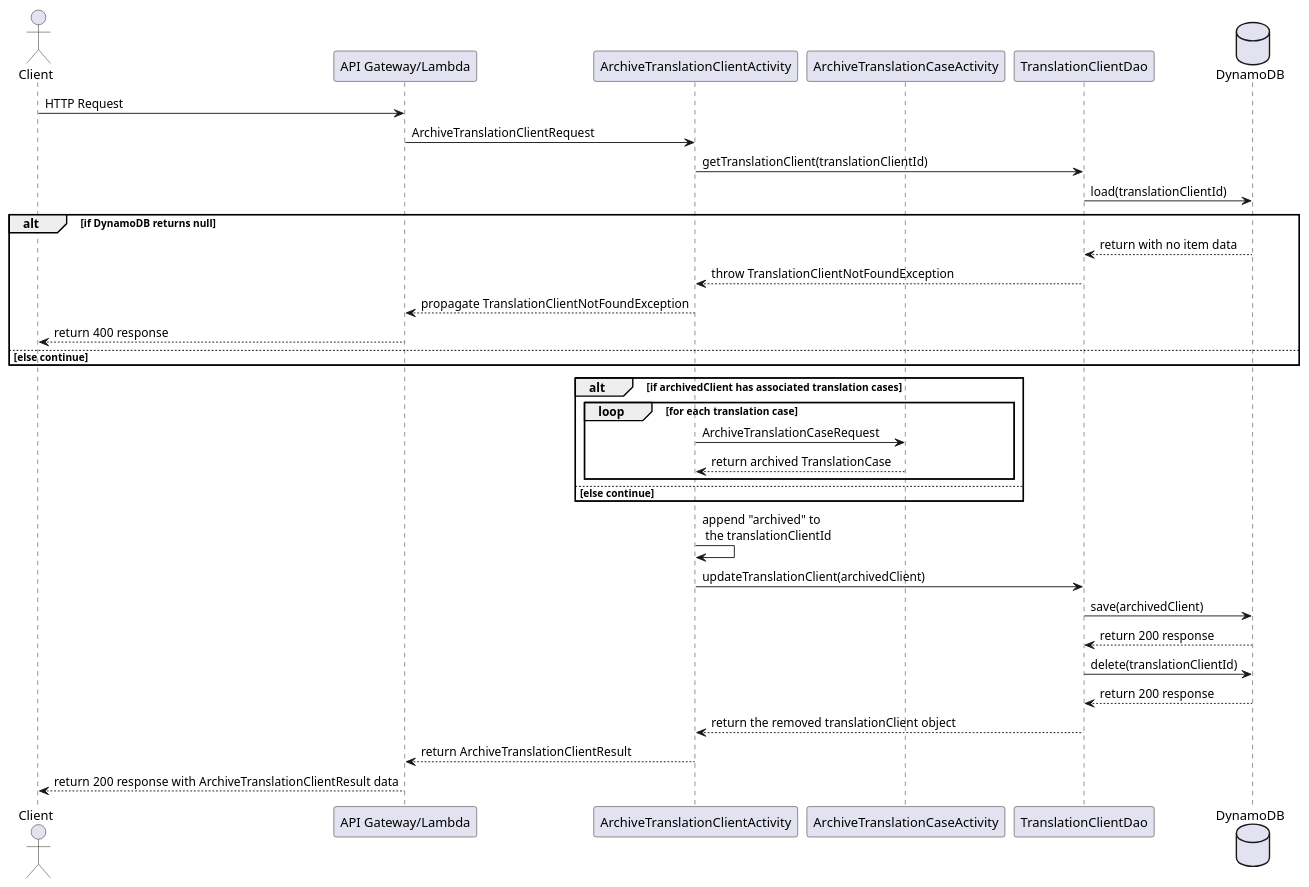
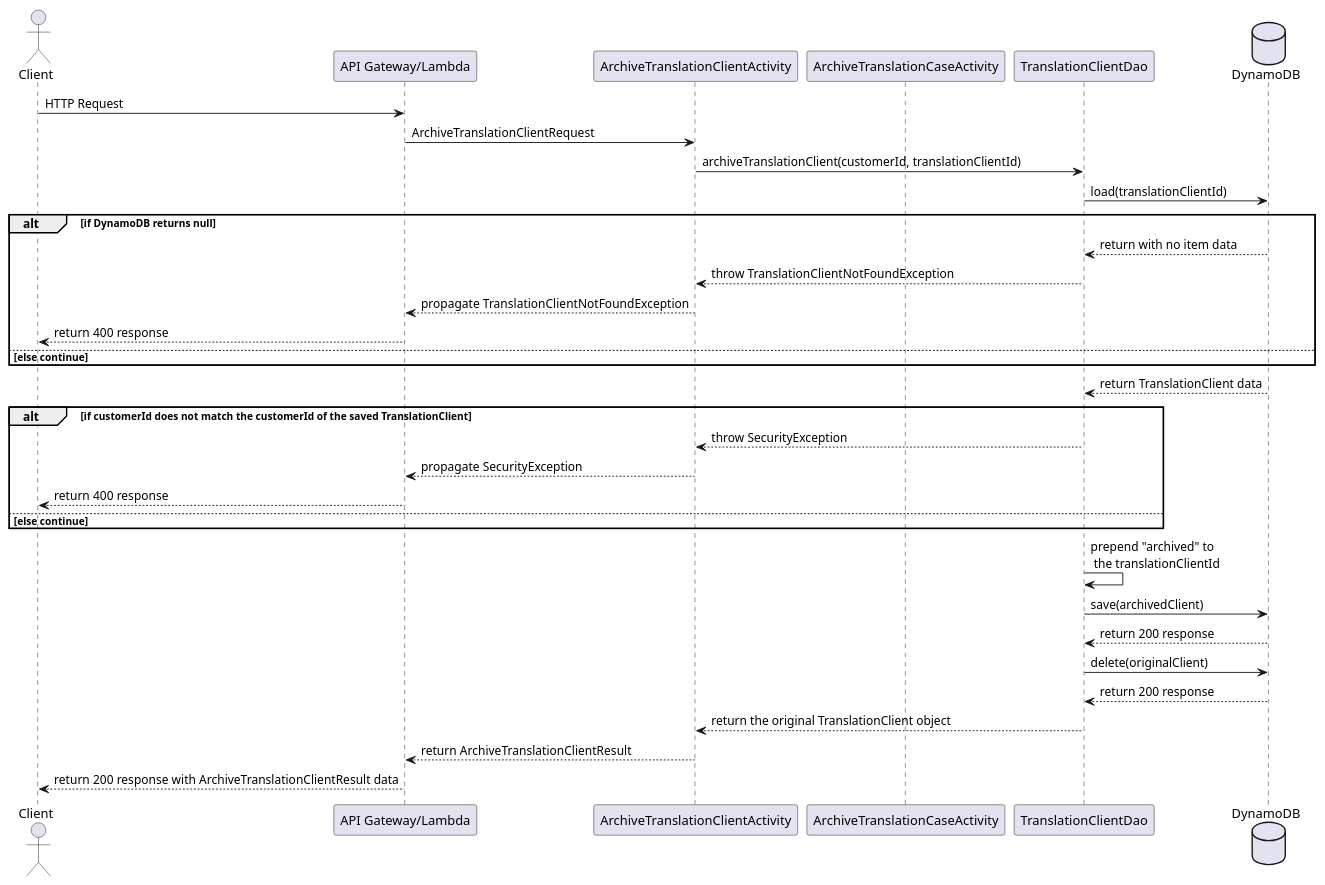
Before and after one commit to usedtothink/translation-tracker: the diagram in resources/ArchiveTranslationClient-Sequence.puml, drawn with PlantUML. The commit also changed 30 other files, not shown here.

```diff
--- a/resources/ArchiveTranslationClient-Sequence.puml
+++ b/resources/ArchiveTranslationClient-Sequence.puml
@@ -1,48 +1,45 @@
 @startuml
 
 actor Client
 participant "API Gateway/Lambda"
 participant ArchiveTranslationClientActivity
 participant ArchiveTranslationCaseActivity
 participant TranslationClientDao
 database    DynamoDB
 
 Client -> "API Gateway/Lambda" : HTTP Request
 "API Gateway/Lambda" -> ArchiveTranslationClientActivity : ArchiveTranslationClientRequest
 
-ArchiveTranslationClientActivity -> TranslationClientDao : getTranslationClient(translationClientId)
+ArchiveTranslationClientActivity -> TranslationClientDao : archiveTranslationClient(customerId, translationClientId)
 TranslationClientDao -> DynamoDB : load(translationClientId)
 
 alt if DynamoDB returns null
     DynamoDB --> TranslationClientDao: return with no item data
     TranslationClientDao --> ArchiveTranslationClientActivity: throw TranslationClientNotFoundException
     ArchiveTranslationClientActivity --> "API Gateway/Lambda": propagate TranslationClientNotFoundException
     "API Gateway/Lambda" --> Client : return 400 response
 else else continue
 end
 
-alt if archivedClient has associated translation cases
-    loop for each translation case
-    ArchiveTranslationClientActivity -> ArchiveTranslationCaseActivity : ArchiveTranslationCaseRequest
-    ArchiveTranslationCaseActivity --> ArchiveTranslationClientActivity : return archived TranslationCase
-    end
+DynamoDB --> TranslationClientDao : return TranslationClient data
+
+alt if customerId does not match the customerId of the saved TranslationClient
+    TranslationClientDao --> ArchiveTranslationClientActivity: throw SecurityException
+    ArchiveTranslationClientActivity --> "API Gateway/Lambda": propagate SecurityException
+    "API Gateway/Lambda" --> Client : return 400 response
 else else continue
 end
 
-ArchiveTranslationClientActivity -> ArchiveTranslationClientActivity : append "archived" to \n the translationClientId
-
-ArchiveTranslationClientActivity -> TranslationClientDao : updateTranslationClient(archivedClient)
+TranslationClientDao -> TranslationClientDao : prepend "archived" to \n the translationClientId
 
 TranslationClientDao -> DynamoDB : save(archivedClient)
 DynamoDB --> TranslationClientDao : return 200 response
-
-
-TranslationClientDao -> DynamoDB : delete(translationClientId)
+TranslationClientDao -> DynamoDB : delete(originalClient)
 DynamoDB --> TranslationClientDao : return 200 response
 
 
-TranslationClientDao --> ArchiveTranslationClientActivity : return the removed translationClient object
+TranslationClientDao --> ArchiveTranslationClientActivity : return the original TranslationClient object
 ArchiveTranslationClientActivity --> "API Gateway/Lambda" : return ArchiveTranslationClientResult
 "API Gateway/Lambda" --> Client : return 200 response with ArchiveTranslationClientResult data
 
 @enduml
```
